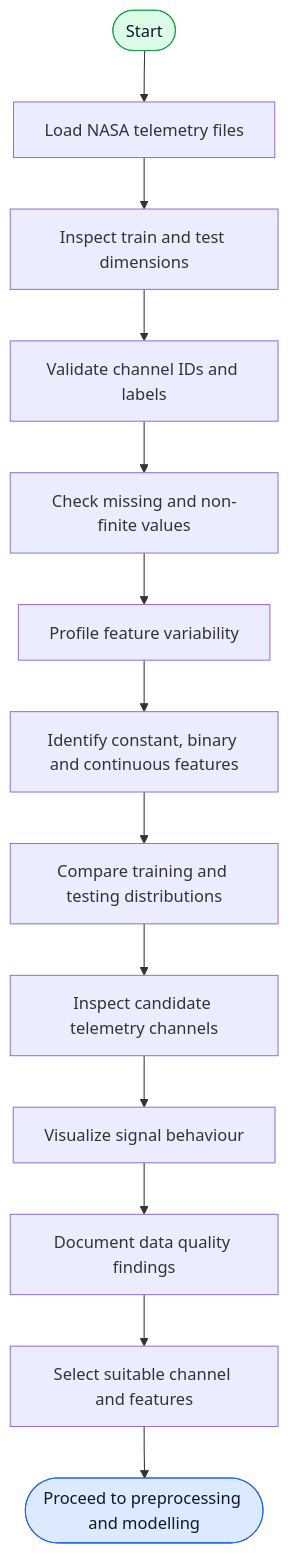
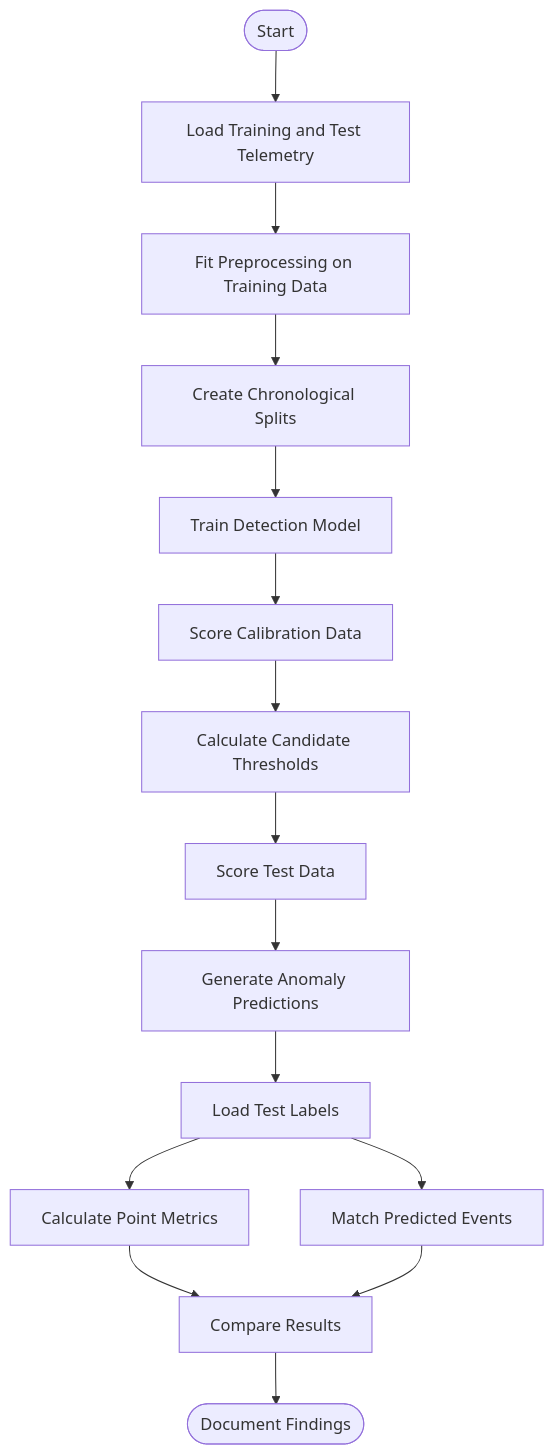
The second of 2 diagrams in README.md (Debankumardas/Spacecraft-Anomaly-Detection), drawn with Mermaid before and after one commit. The commit also changed other lines of this file and 8 other files, not shown here.

Commit message:
Add LSTM anomaly detection experiments and documentation

````diff
--- a/README.md
+++ b/README.md
@@ -179,18 +178,17 @@
 ```mermaid
 flowchart TD
-    A([Start]) --> B["Load NASA telemetry files"]
-    B --> C["Inspect train and test dimensions"]
-    C --> D["Validate channel IDs and labels"]
-    D --> E["Check missing and non-finite values"]
-    E --> F["Profile feature variability"]
-    F --> G["Identify constant, binary and continuous features"]
-    G --> H["Compare training and testing distributions"]
-    H --> I["Inspect candidate telemetry channels"]
-    I --> J["Visualize signal behaviour"]
-    J --> K["Document data quality findings"]
-    K --> L["Select suitable channel and features"]
-    L --> M([Proceed to preprocessing and modelling])
-
-    style A fill:#dcfce7,stroke:#16a34a,color:#111827
-    style M fill:#dbeafe,stroke:#2563eb,color:#111827
+    A(["Start"]) --> B["Load Training and Test Telemetry"]
+    B --> C["Fit Preprocessing on Training Data"]
+    C --> D["Create Chronological Splits"]
+    D --> E["Train Detection Model"]
+    E --> F["Score Calibration Data"]
+    F --> G["Calculate Candidate Thresholds"]
+    G --> H["Score Test Data"]
+    H --> I["Generate Anomaly Predictions"]
+    I --> J["Load Test Labels"]
+    J --> K["Calculate Point Metrics"]
+    J --> L["Match Predicted Events"]
+    K --> M["Compare Results"]
+    L --> M
+    M --> N(["Document Findings"])
 ```
````
